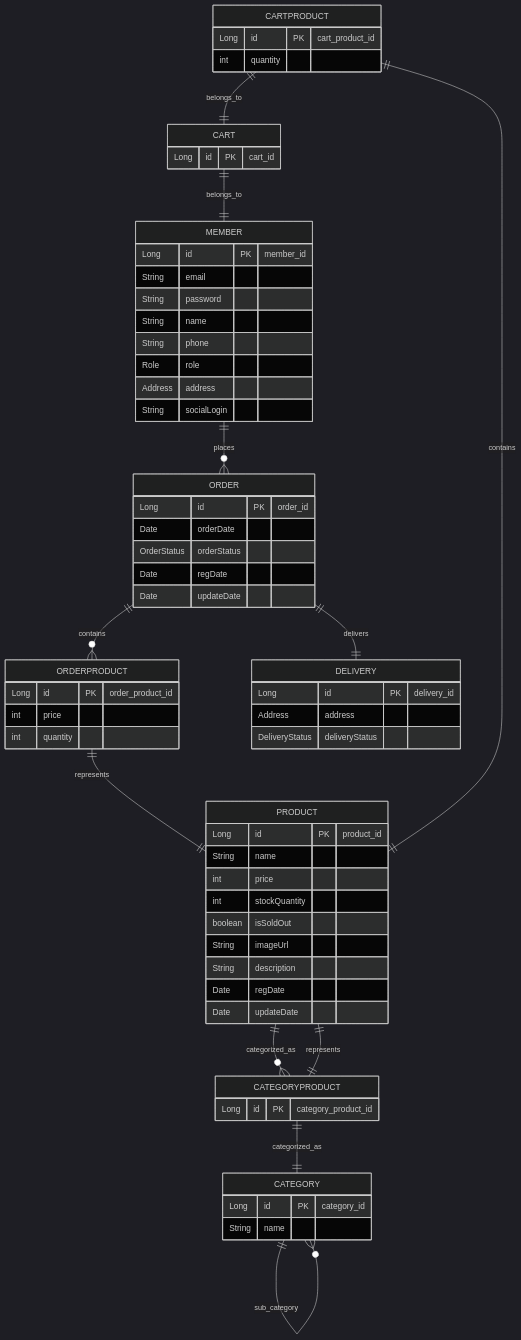
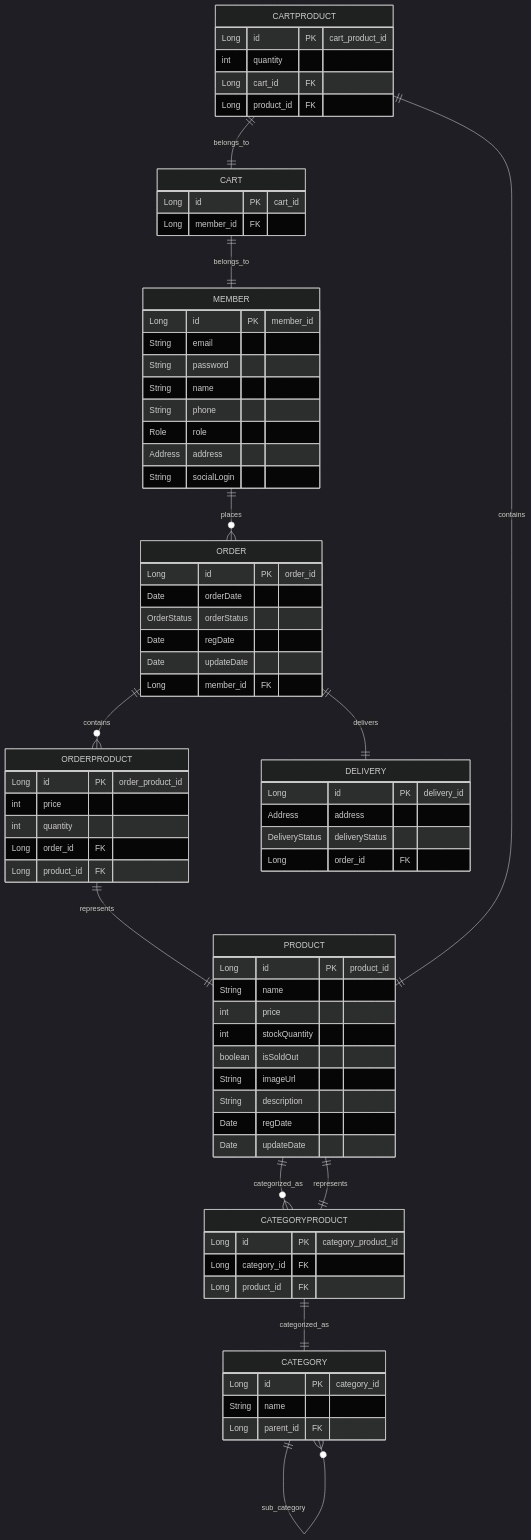
Before and after one commit to yuyt2012/testmall: the diagram in README.md, drawn with Mermaid (dark theme).

Commit message:
readme 수정

````diff
--- a/README.md
+++ b/README.md
@@ -21,66 +21,76 @@
 ```mermaid
 erDiagram
     MEMBER {
         Long id PK "member_id"
         String email
         String password
         String name
         String phone
         Role role
         Address address
         String socialLogin
     }
     ORDER {
         Long id PK "order_id"
         Date orderDate
         OrderStatus orderStatus
         Date regDate
         Date updateDate
+        Long member_id FK
     }
     ORDERPRODUCT {
         Long id PK "order_product_id"
         int price
         int quantity
+        Long order_id FK
+        Long product_id FK
     }
     PRODUCT {
         Long id PK "product_id"
         String name
         int price
         int stockQuantity
         boolean isSoldOut
         String imageUrl
         String description
         Date regDate
         Date updateDate
     }
     DELIVERY {
         Long id PK "delivery_id"
         Address address
         DeliveryStatus deliveryStatus
+        Long order_id FK
     }
     CATEGORY {
         Long id PK "category_id"
         String name
+        Long parent_id FK
     }
     CATEGORYPRODUCT {
         Long id PK "category_product_id"
+        Long category_id FK
+        Long product_id FK
     }
     CART {
         Long id PK "cart_id"
+        Long member_id FK
     }
     CARTPRODUCT {
         Long id PK "cart_product_id"
         int quantity
+        Long cart_id FK
+        Long product_id FK
     }
     MEMBER ||--o{ ORDER : "places"
     ORDER ||--o{ ORDERPRODUCT : "contains"
     ORDERPRODUCT ||--|| PRODUCT : "represents"
     PRODUCT ||--o{ CATEGORYPRODUCT : "categorized_as"
     ORDER ||--|| DELIVERY : "delivers"
     CATEGORY ||--o{ CATEGORY : "sub_category"
     CATEGORYPRODUCT ||--|| CATEGORY : "categorized_as"
     CATEGORYPRODUCT ||--|| PRODUCT : "represents"
     CART ||--|| MEMBER : "belongs_to"
     CARTPRODUCT ||--|| CART : "belongs_to"
     CARTPRODUCT ||--|| PRODUCT : "contains"
 ```
````
